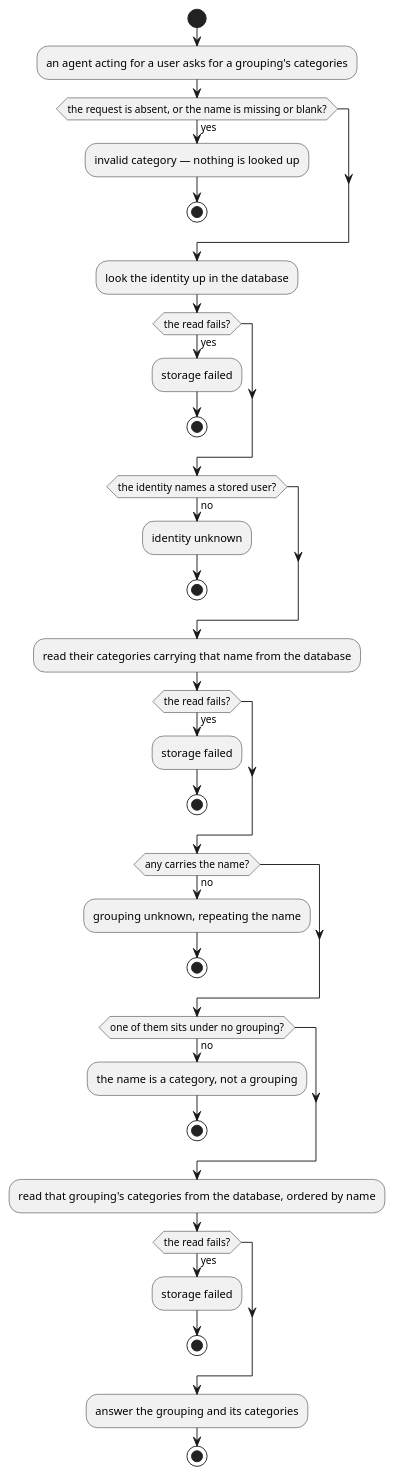
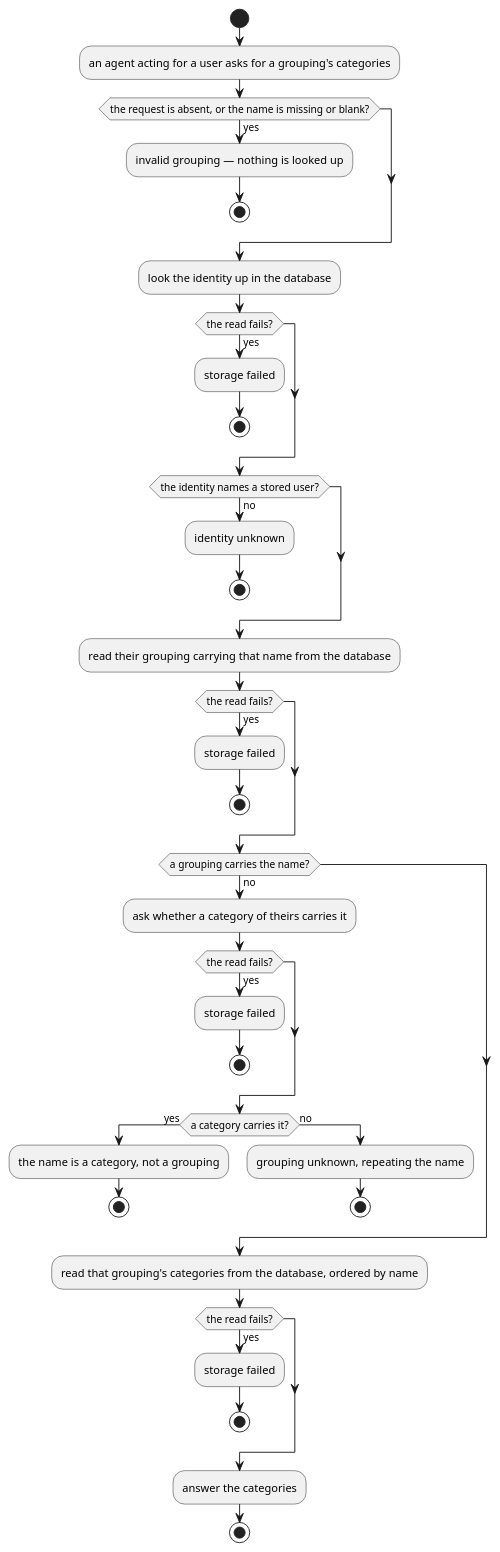
Before and after one commit to ds-usova/finance-bot: the second of 2 diagrams in ledger-service/docs/usecases/list-categories.md, drawn with PlantUML. The commit also changed other lines of this file and 98 other files, not shown here.

First line of the commit message:
Refactoring: new domain classes Grouping and Category (#4)

````diff
--- a/ledger-service/docs/usecases/list-categories.md
+++ b/ledger-service/docs/usecases/list-categories.md
@@ -90,39 +98,45 @@
 ```plantuml
 @startuml ListCategories-Activity
 start
 :an agent acting for a user asks for a grouping's categories;
 if (the request is absent, or the name is missing or blank?) then (yes)
-  :invalid category — nothing is looked up;
+  :invalid grouping — nothing is looked up;
   stop
 endif
 :look the identity up in the database;
 if (the read fails?) then (yes)
   :storage failed;
   stop
 endif
 if (the identity names a stored user?) then (no)
   :identity unknown;
   stop
 endif
-:read their categories carrying that name from the database;
+:read their grouping carrying that name from the database;
 if (the read fails?) then (yes)
   :storage failed;
   stop
 endif
-if (any carries the name?) then (no)
-  :grouping unknown, repeating the name;
-  stop
-endif
-if (one of them sits under no grouping?) then (no)
-  :the name is a category, not a grouping;
-  stop
+if (a grouping carries the name?) then (no)
+  :ask whether a category of theirs carries it;
+  if (the read fails?) then (yes)
+    :storage failed;
+    stop
+  endif
+  if (a category carries it?) then (yes)
+    :the name is a category, not a grouping;
+    stop
+  else (no)
+    :grouping unknown, repeating the name;
+    stop
+  endif
 endif
 :read that grouping's categories from the database, ordered by name;
 if (the read fails?) then (yes)
   :storage failed;
   stop
 endif
-:answer the grouping and its categories;
+:answer the categories;
 stop
 @enduml
 ```
````
